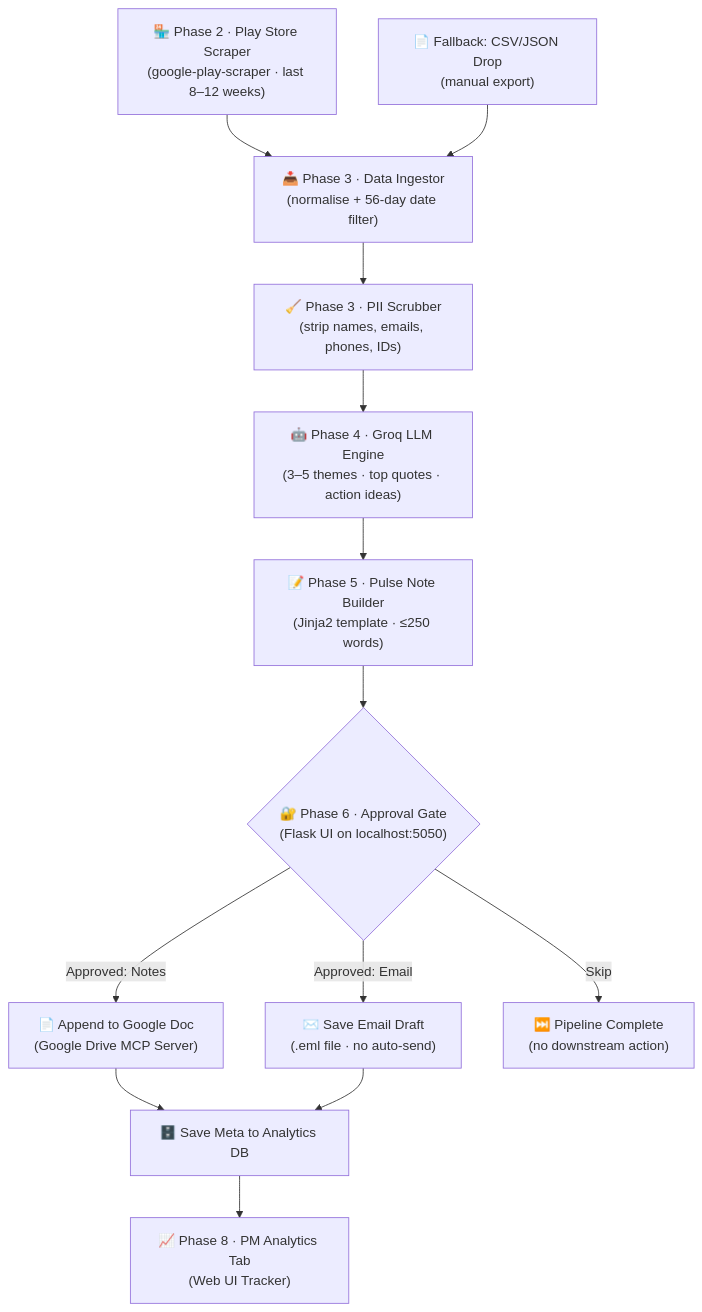
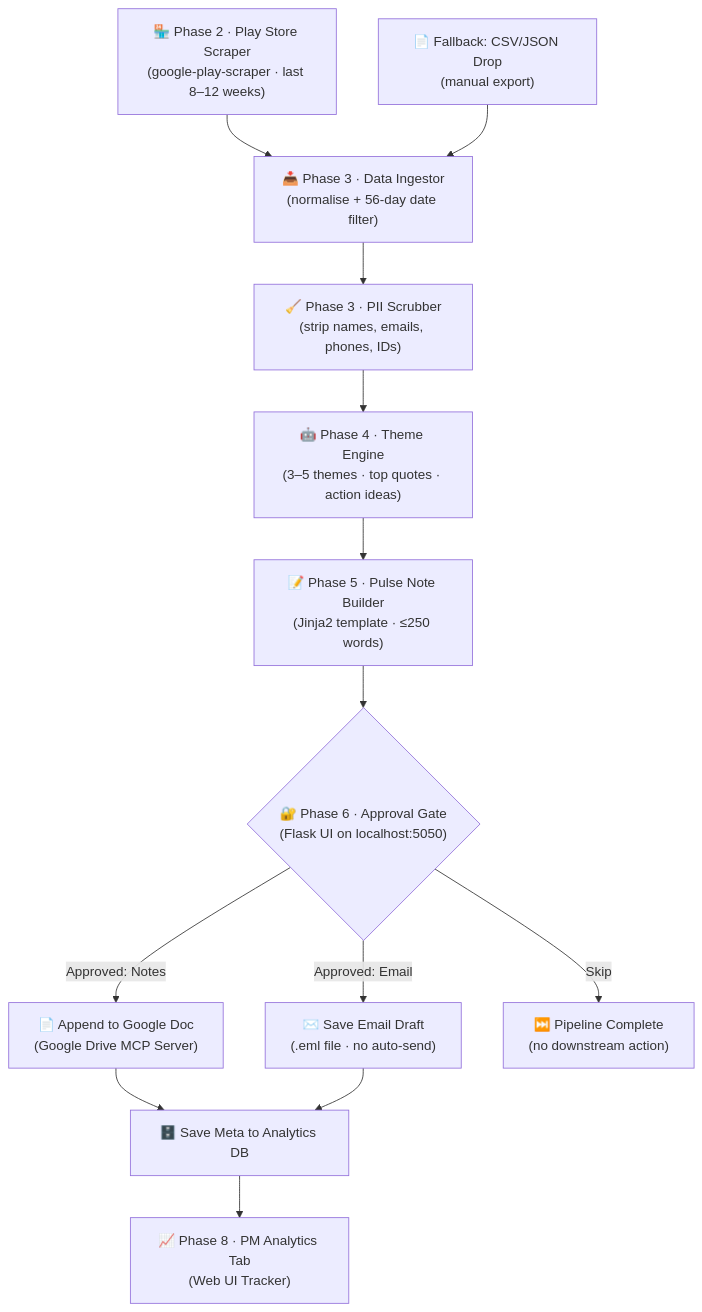
One commit to Joeyrazor291/INDMoney_Weekly_Pulse_Generator changed the first of 8 diagrams in architecture.md. Above: the diagram before and after it, drawn with Mermaid. The commit also changed other lines of this file and 1 other file, not shown here.

Commit message:
docs: Remove Groq and update LLM architecture to OpenRouter

````diff
--- a/architecture.md
+++ b/architecture.md
@@ -59,15 +59,15 @@
 ```mermaid
 flowchart TD
     A["🏪 Phase 2 · Play Store Scraper\n(google-play-scraper · last 8–12 weeks)"] --> B
     Z["📄 Fallback: CSV/JSON Drop\n(manual export)"] --> B
     B["📥 Phase 3 · Data Ingestor\n(normalise + 56-day date filter)"] --> C["🧹 Phase 3 · PII Scrubber\n(strip names, emails, phones, IDs)"]
-    C --> D["🤖 Phase 4 · Groq LLM Engine\n(3–5 themes · top quotes · action ideas)"]
+    C --> D["🤖 Phase 4 · Theme Engine\n(3–5 themes · top quotes · action ideas)"]
     D --> E["📝 Phase 5 · Pulse Note Builder\n(Jinja2 template · ≤250 words)"]
     E --> F{"🔐 Phase 6 · Approval Gate\n(Flask UI on localhost:5050)"}
     F -->|Approved: Notes| G["📄 Append to Google Doc\n(Google Drive MCP Server)"]
     F -->|Approved: Email| H["✉️ Save Email Draft\n(.eml file · no auto-send)"]
     F -->|Skip| I["⏭️ Pipeline Complete\n(no downstream action)"]
     G --> J["🗄️ Save Meta to Analytics DB"]
     H --> J
     J --> K["📈 Phase 8 · PM Analytics Tab\n(Web UI Tracker)"]
 ```
````
